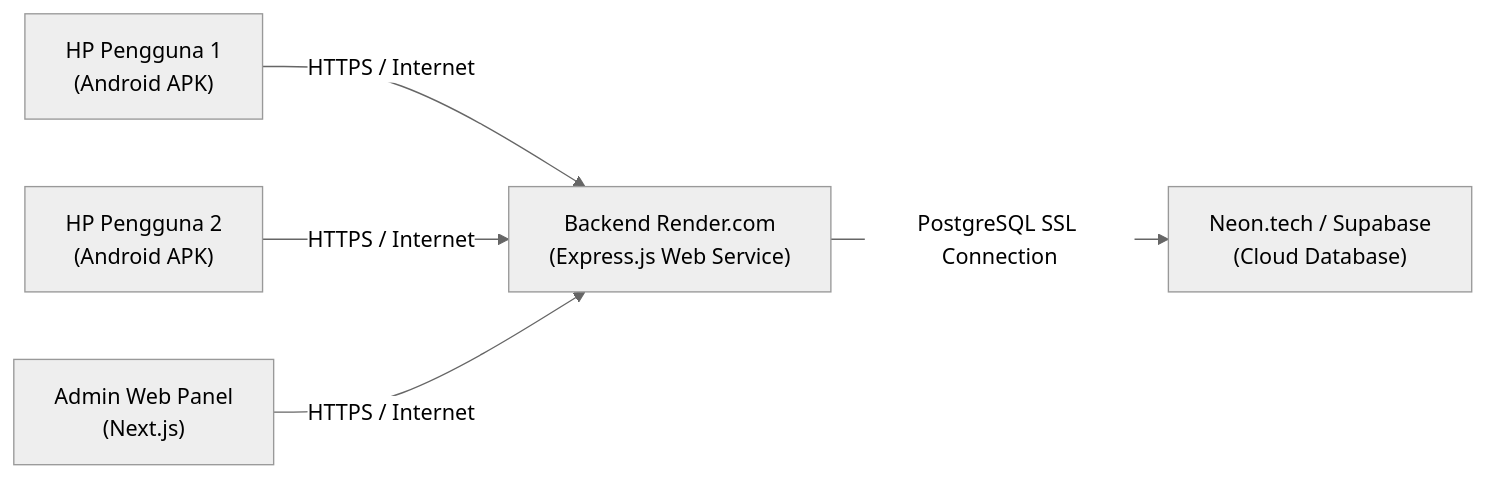
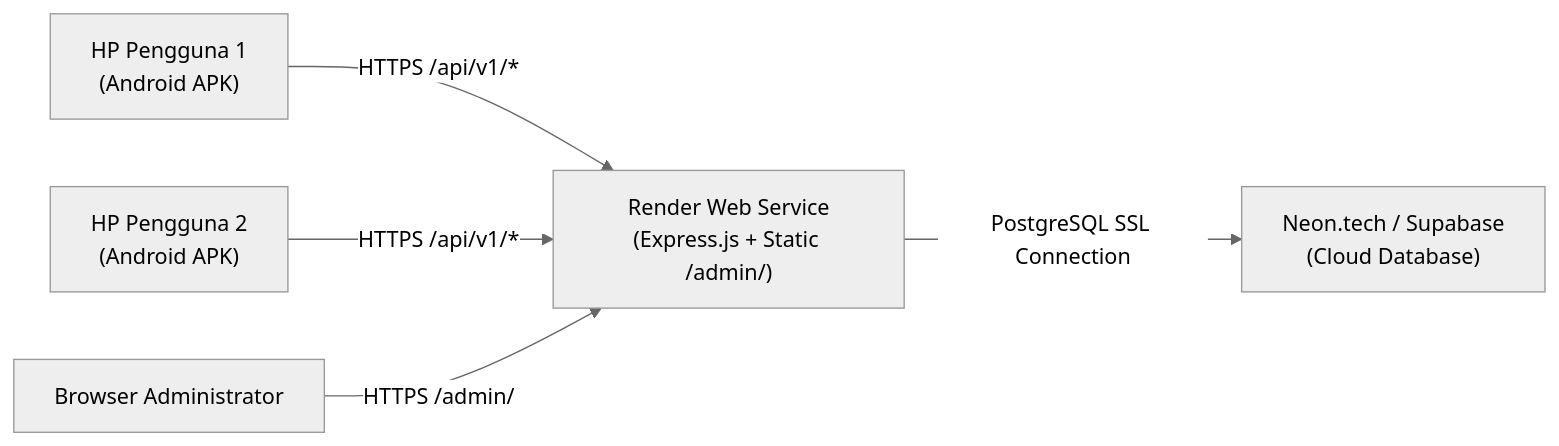
Before and after one commit to luminariadev/sakuskill: the diagram in PANDUAN_DEPLOYMENT_CLOUD_GRATIS.md, drawn with Mermaid (neutral theme). The commit also changed other lines of this file and 106 other files, not shown here.

Commit message:
feat(release): sync real-time web admin, mobile QA fixes, and 1-service Render deploy

````diff
--- a/PANDUAN_DEPLOYMENT_CLOUD_GRATIS.md
+++ b/PANDUAN_DEPLOYMENT_CLOUD_GRATIS.md
@@ -12,7 +12,7 @@
 ```mermaid
 flowchart LR
-    A["HP Pengguna 1\n(Android APK)"] -->|"HTTPS / Internet"| C["Backend Render.com\n(Express.js Web Service)"]
-    B["HP Pengguna 2\n(Android APK)"] -->|"HTTPS / Internet"| C
+    A["HP Pengguna 1\n(Android APK)"] -->|"HTTPS /api/v1/*"| C["Render Web Service\n(Express.js + Static /admin/)"]
+    B["HP Pengguna 2\n(Android APK)"] -->|"HTTPS /api/v1/*"| C
+    E["Browser Administrator"] -->|"HTTPS /admin/"| C
     C -->|"PostgreSQL SSL Connection"| D["Neon.tech / Supabase\n(Cloud Database)"]
-    E["Admin Web Panel\n(Next.js)"] -->|"HTTPS / Internet"| C
 ```
````
